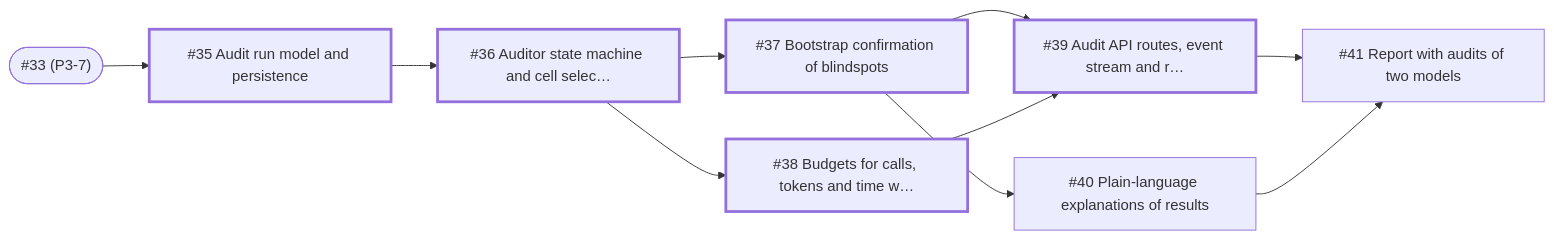
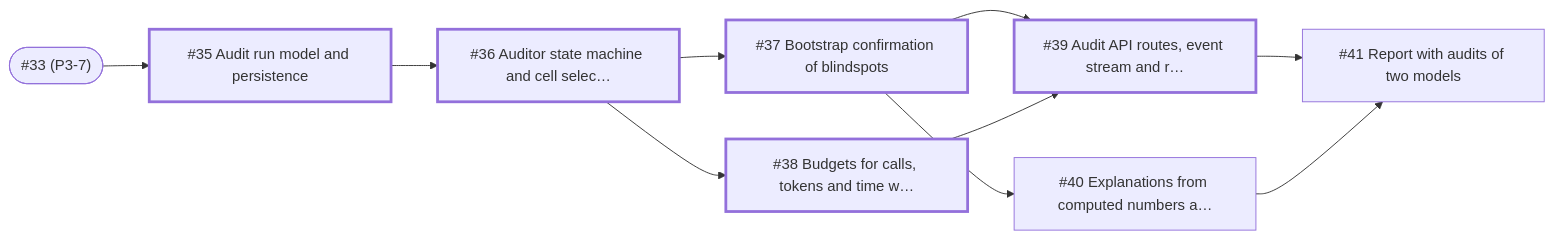
The fifth of 9 diagrams in docs/issues-guide.md (nexuszephyr/Blindspot), drawn with Mermaid before and after one commit. The commit also changed other lines of this file and 5 other files, not shown here.

````diff
--- a/docs/issues-guide.md
+++ b/docs/issues-guide.md
@@ -295,22 +304,22 @@
 ```mermaid
 flowchart LR
     P4_1["#35 Audit run model and persistence"]
     P4_2["#36 Auditor state machine and cell selec…"]
     P4_3["#37 Bootstrap confirmation of blindspots"]
     P4_4["#38 Budgets for calls, tokens and time w…"]
     P4_5["#39 Audit API routes, event stream and r…"]
-    P4_6["#40 Plain-language explanations of results"]
+    P4_6["#40 Explanations from computed numbers a…"]
     P4_7["#41 Report with audits of two models"]
     P3_7(["#33 (P3-7)"])
     P3_7 --> P4_1
     P4_1 --> P4_2
     P4_2 --> P4_3
     P4_2 --> P4_4
     P4_3 --> P4_5
     P4_4 --> P4_5
     P4_3 --> P4_6
     P4_5 --> P4_7
     P4_6 --> P4_7
     classDef crit stroke-width:3px
     class P4_1,P4_2,P4_3,P4_4,P4_5 crit
 ```
````
